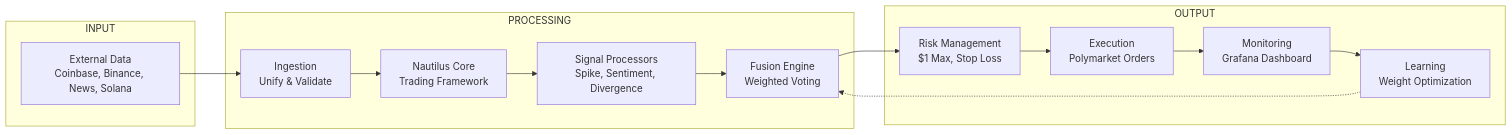
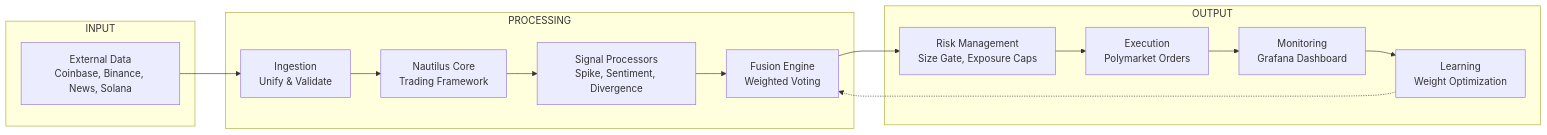
Before and after one commit to kkkelvinkk/Polymarket-BTC-15-Minute-Trading-Bot: the diagram in README.md, drawn with Mermaid. The commit also changed other lines of this file and 7 other files, not shown here.

````diff
--- a/README.md
+++ b/README.md
@@ -52,23 +52,23 @@
 ```mermaid
  flowchart LR
     subgraph Input[INPUT]
         D[External Data<br/>Coinbase, Binance, News, Solana]
     end
     
     subgraph Process[PROCESSING]
         I[Ingestion<br/>Unify & Validate]
         N[Nautilus Core<br/>Trading Framework]
         S[Signal Processors<br/>Spike, Sentiment, Divergence]
         F[Fusion Engine<br/>Weighted Voting]
     end
     
     subgraph Output[OUTPUT]
-        R[Risk Management<br/>$1 Max, Stop Loss]
+        R[Risk Management<br/>Size Gate, Exposure Caps]
         E[Execution<br/>Polymarket Orders]
         M[Monitoring<br/>Grafana Dashboard]
         L[Learning<br/>Weight Optimization]
     end
     
     D --> I --> N --> S --> F --> R --> E --> M --> L
     L -.-> F
 ```
````
